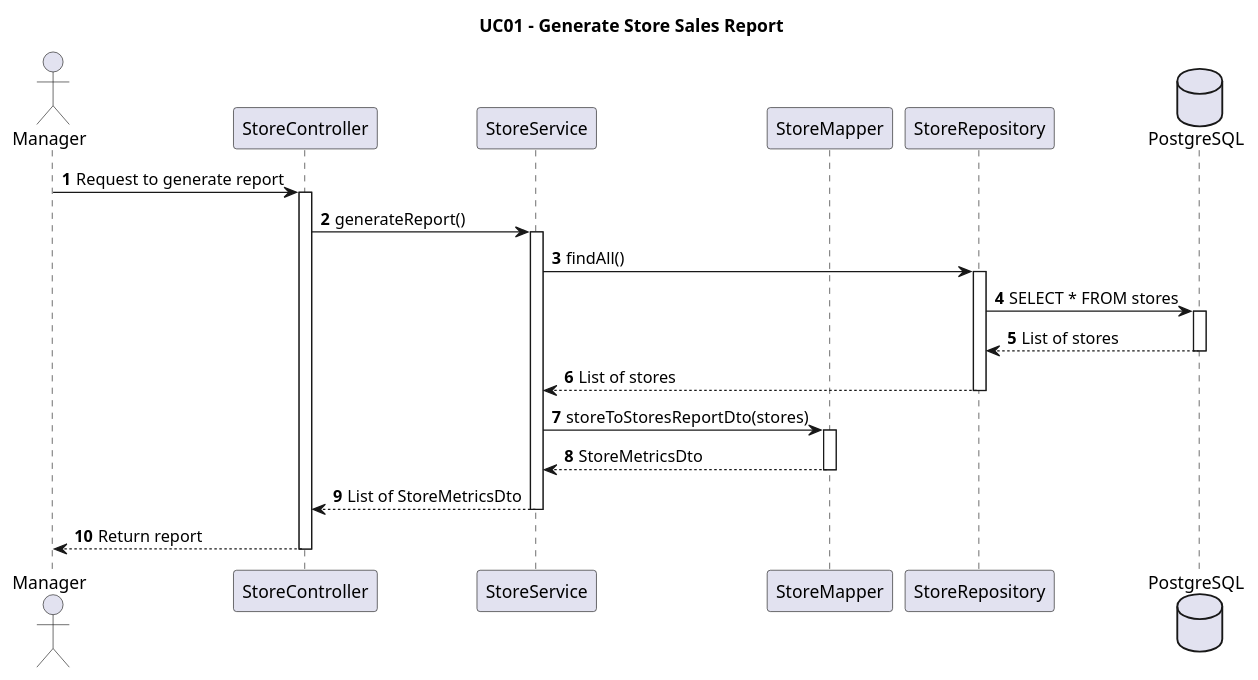
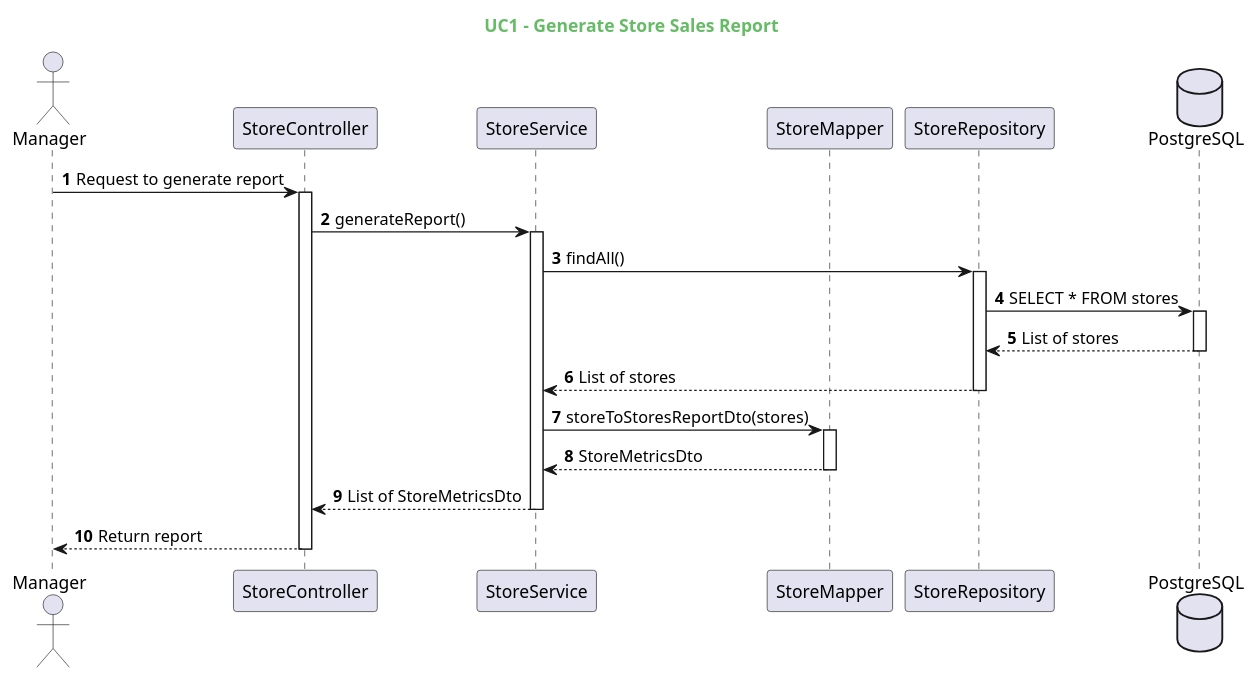
One commit to CharlesRa7/LOG430-Labs changed the diagram in docs/uml/sequence-diagrams/UC1.puml. Above: the diagram before and after it, drawn with PlantUML. The commit also changed 20 other files, not shown here.

Commit message:
feat: Sequence + Component Diagrams + Started UC2

```diff
--- a/docs/uml/sequence-diagrams/UC1.puml
+++ b/docs/uml/sequence-diagrams/UC1.puml
@@ -1,33 +1,37 @@
 @startuml
-title UC01 - Generate Store Sales Report
+skinparam title {
+  FontColor #66BB66
+}
+
+title UC1 - Generate Store Sales Report
 autonumber
 
 actor Manager as m
 participant "StoreController" as sc
 participant "StoreService" as ss
 participant "StoreMapper" as sm
 participant "StoreRepository" as sr
 database "PostgreSQL" as db
 
 m -> sc: Request to generate report
 activate sc
 sc -> ss: generateReport()
 activate ss
 ss -> sr: findAll()
 activate sr
 sr -> db: SELECT * FROM stores
 activate db
 db --> sr: List of stores
 deactivate db
 sr --> ss: List of stores
 deactivate sr
 ss -> sm: storeToStoresReportDto(stores)
 activate sm
 sm --> ss: StoreMetricsDto
 deactivate sm
 ss --> sc: List of StoreMetricsDto
 deactivate ss
 sc --> m: Return report
 deactivate sc
 
 @enduml
```
